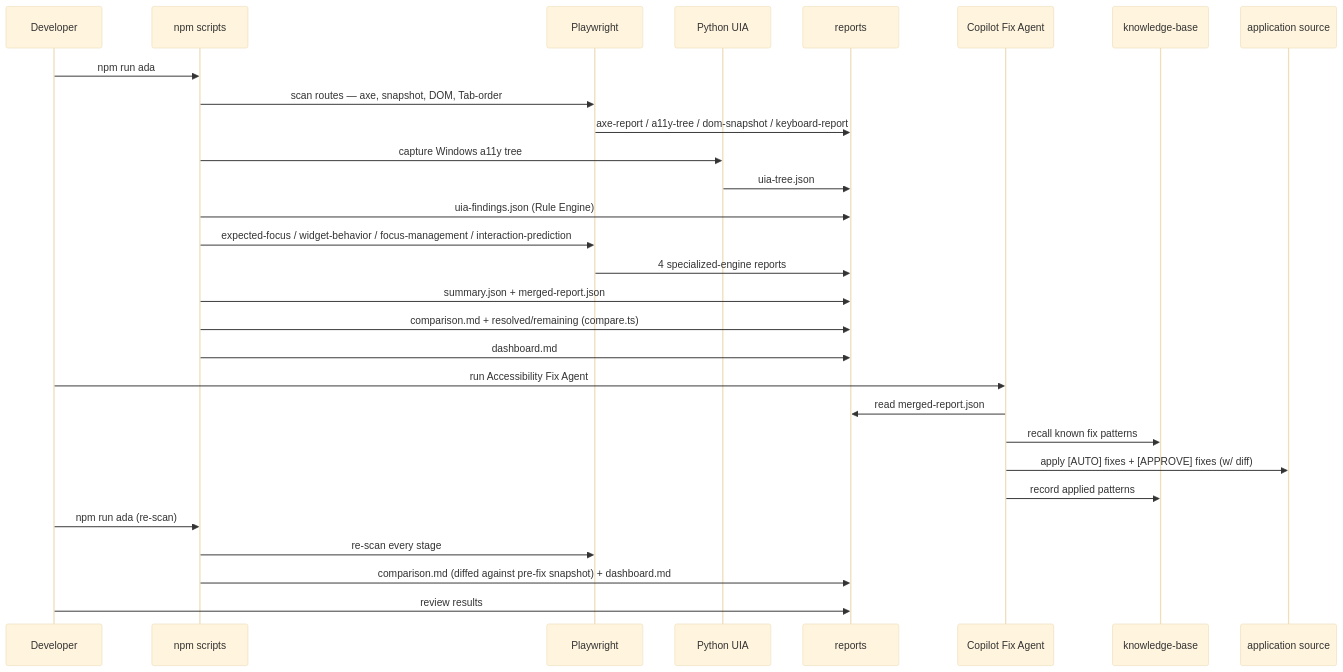
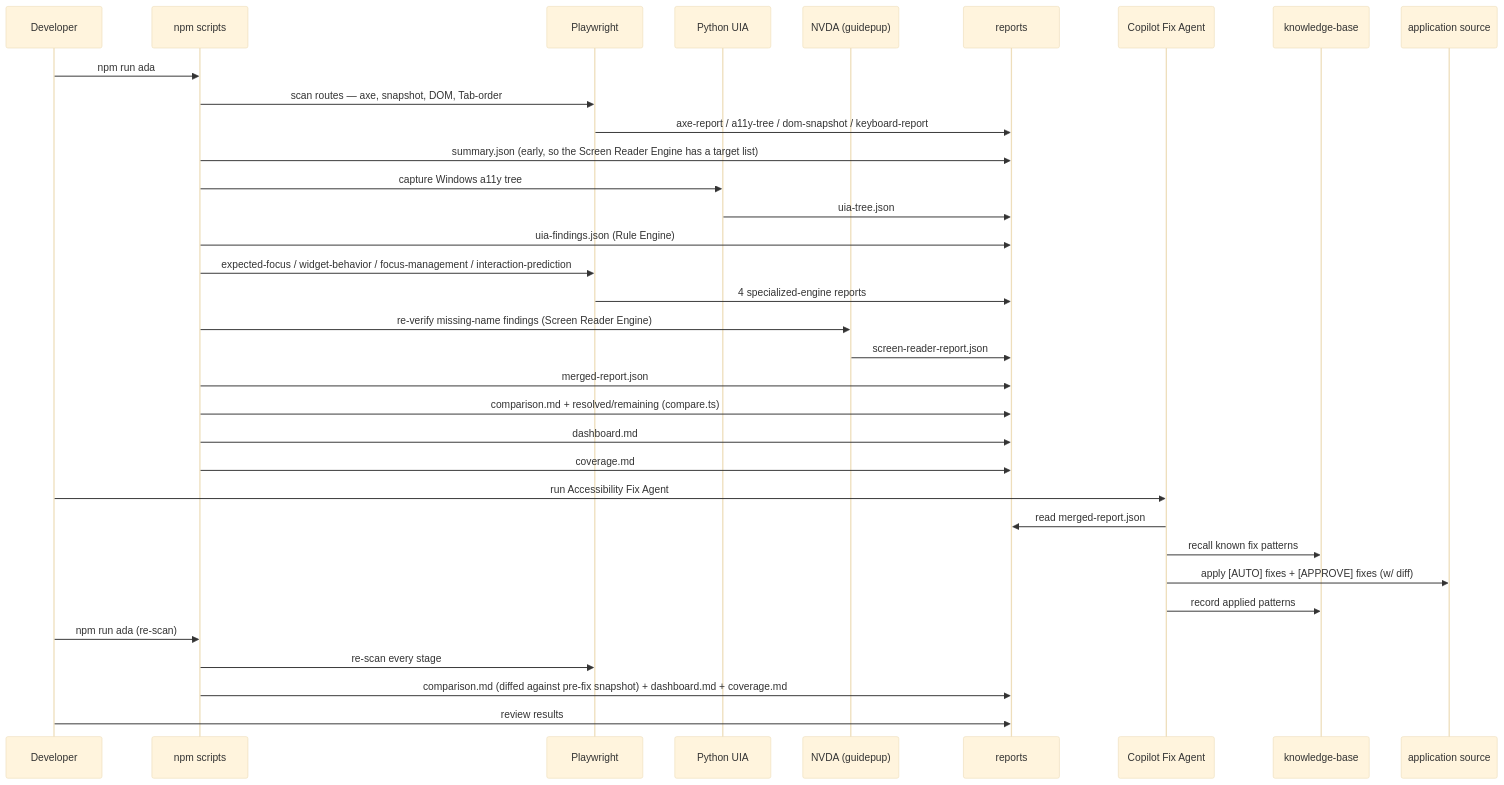
Before and after one commit to vivek1952p/GiftApp: the sixth of 8 diagrams in ADA Harness/ARCHITECTURE.md, drawn with Mermaid (base theme). The commit also changed other lines of this file and 2 other files, not shown here.

Commit message:
readme-architecture-update

````diff
--- a/ADA Harness/ARCHITECTURE.md
+++ b/ADA Harness/ARCHITECTURE.md
@@ -297,32 +319,37 @@
 ```mermaid
 sequenceDiagram
     participant Dev as Developer
     participant NPM as npm scripts
     participant PW as Playwright
     participant PY as Python UIA
+    participant NV as NVDA (guidepup)
     participant FS as reports
     participant AI as Copilot Fix Agent
     participant KB as knowledge-base
     participant SRC as application source
 
     Dev->>NPM: npm run ada
     NPM->>PW: scan routes — axe, snapshot, DOM, Tab-order
     PW->>FS: axe-report / a11y-tree / dom-snapshot / keyboard-report
+    NPM->>FS: summary.json (early, so the Screen Reader Engine has a target list)
     NPM->>PY: capture Windows a11y tree
     PY->>FS: uia-tree.json
     NPM->>FS: uia-findings.json (Rule Engine)
     NPM->>PW: expected-focus / widget-behavior / focus-management / interaction-prediction
     PW->>FS: 4 specialized-engine reports
-    NPM->>FS: summary.json + merged-report.json
+    NPM->>NV: re-verify missing-name findings (Screen Reader Engine)
+    NV->>FS: screen-reader-report.json
+    NPM->>FS: merged-report.json
     NPM->>FS: comparison.md + resolved/remaining (compare.ts)
     NPM->>FS: dashboard.md
+    NPM->>FS: coverage.md
     Dev->>AI: run Accessibility Fix Agent
     AI->>FS: read merged-report.json
     AI->>KB: recall known fix patterns
     AI->>SRC: apply [AUTO] fixes + [APPROVE] fixes (w/ diff)
     AI->>KB: record applied patterns
     Dev->>NPM: npm run ada (re-scan)
     NPM->>PW: re-scan every stage
-    NPM->>FS: comparison.md (diffed against pre-fix snapshot) + dashboard.md
+    NPM->>FS: comparison.md (diffed against pre-fix snapshot) + dashboard.md + coverage.md
     Dev->>FS: review results
 ```
````
